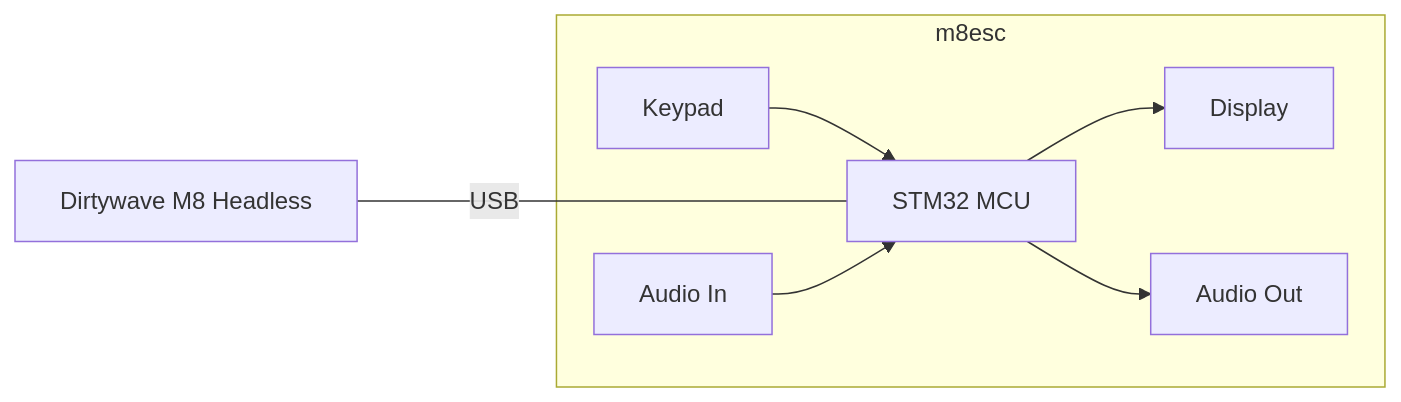
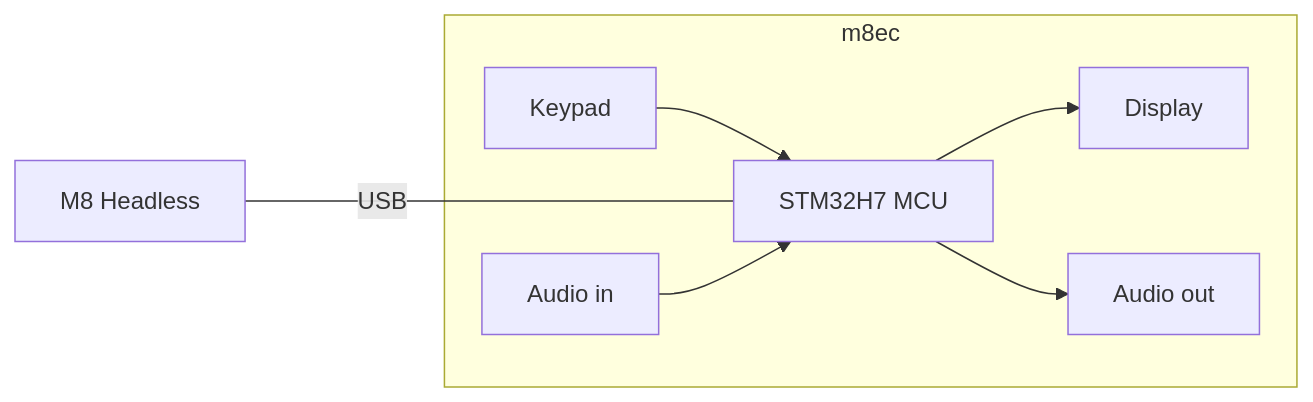
One commit to lukasnee/m8ec changed the diagram in README.md. Above: the diagram before and after it, drawn with Mermaid. The commit also changed other lines of this file and 5 other files, not shown here.

````diff
--- a/README.md
+++ b/README.md
@@ -17,15 +26,15 @@
 ```mermaid
 graph LR
     D[Keypad] --> B
-    A[Dirtywave M8 Headless] -----|USB| B[STM32 MCU]
+    A[M8 Headless] -----|USB| B[STM32H7 MCU]
     B --> C[Display]
-    B --> E[Audio Out]
-    F[Audio In] --> B
-    subgraph m8esc
+    B --> E[Audio out]
+    F[Audio in] --> B
+    subgraph m8ec
         B
         C
         D
         E
         F
     end
 ```
````
